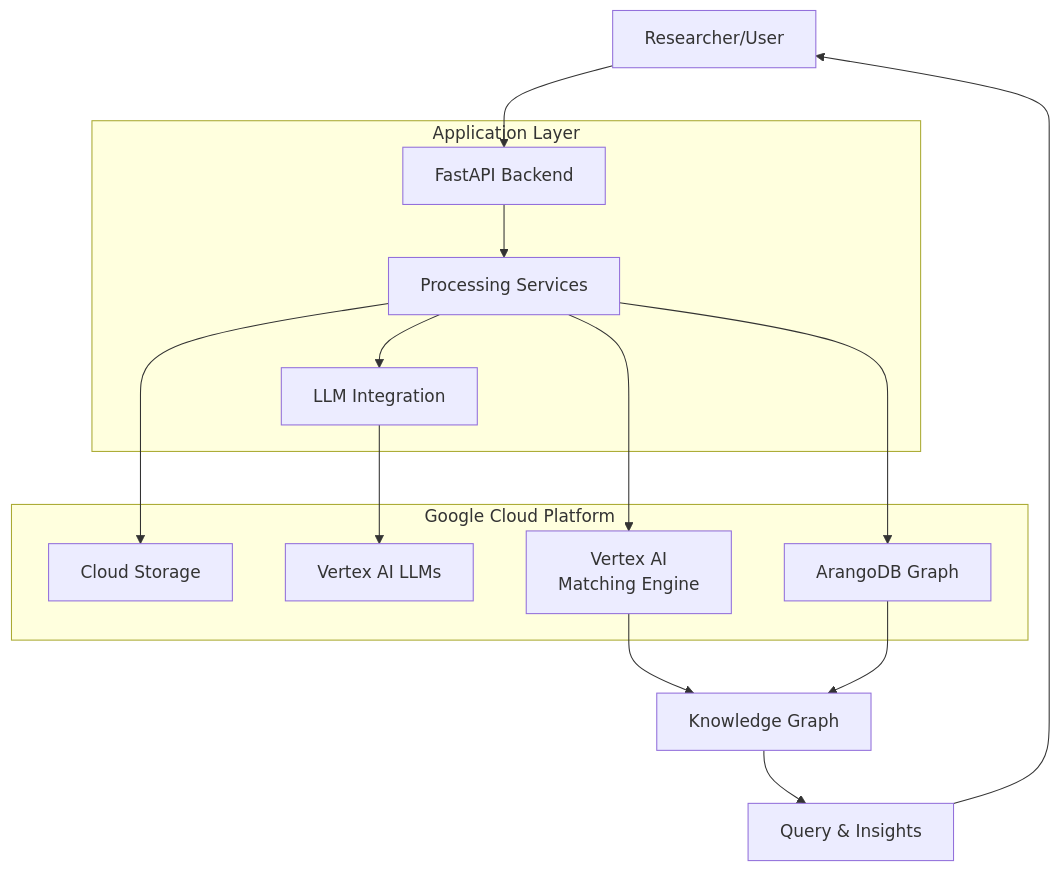
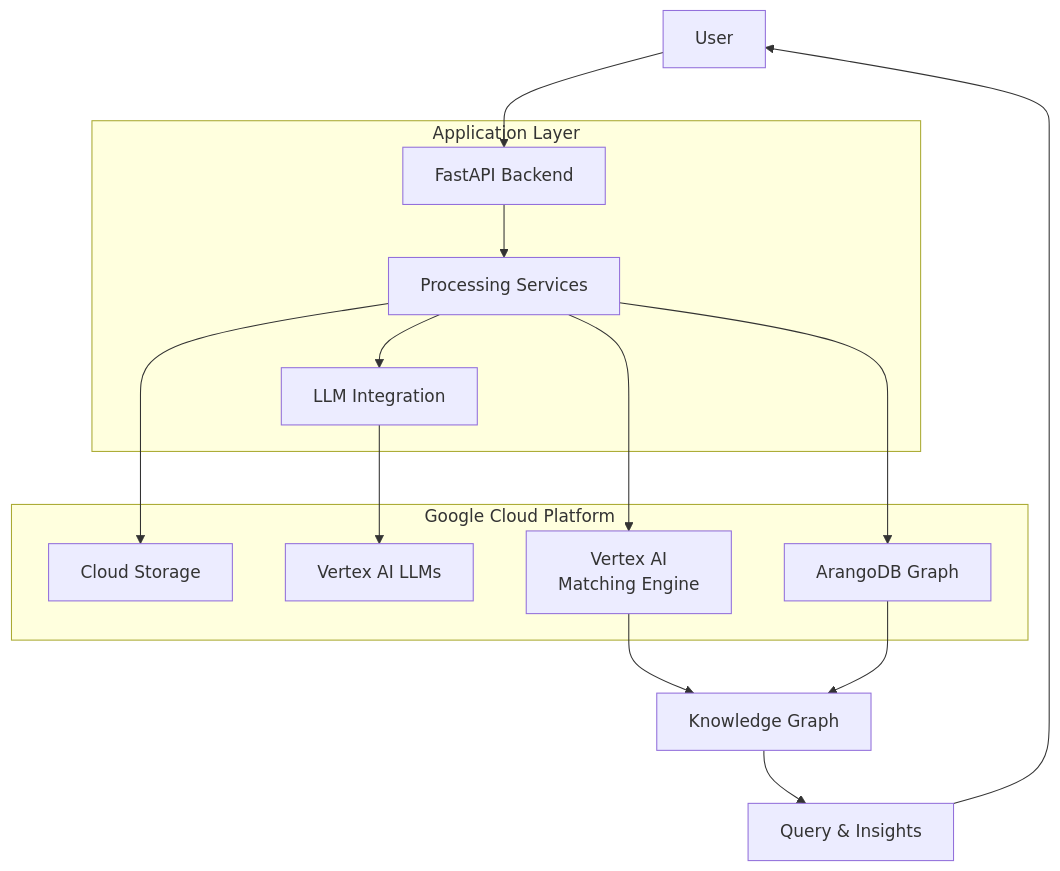
One commit to shrisha-rao/kg_app changed the diagram in README.md. Above: the diagram before and after it, drawn with Mermaid.

````diff
--- a/README.md
+++ b/README.md
@@ -40,27 +40,27 @@
 ```mermaid
 flowchart TD
-    User[Researcher/User] --> API[FastAPI Backend]
+    User[User] --> API[FastAPI Backend]
     
     subgraph Backend [Application Layer]
         API --> Service[Processing Services]
         Service --> LLM[LLM Integration]
     end
     
     subgraph GCP [Google Cloud Platform]
         Storage[Cloud Storage]
         AI[Vertex AI LLMs]
         VectorDB[Vertex AI<br>Matching Engine]
         GraphDB[ArangoDB Graph]
     end
     
     Service --> Storage
     LLM --> AI
     Service --> VectorDB
     Service --> GraphDB
     
     VectorDB --> Graph[Knowledge Graph]
     GraphDB --> Graph
     
     Graph --> Q&A[Query & Insights]
     Q&A --> User
 ```
````
